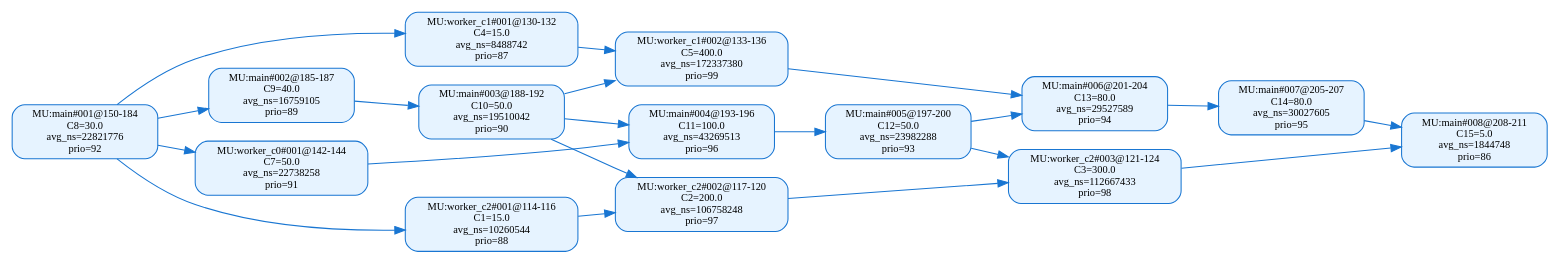
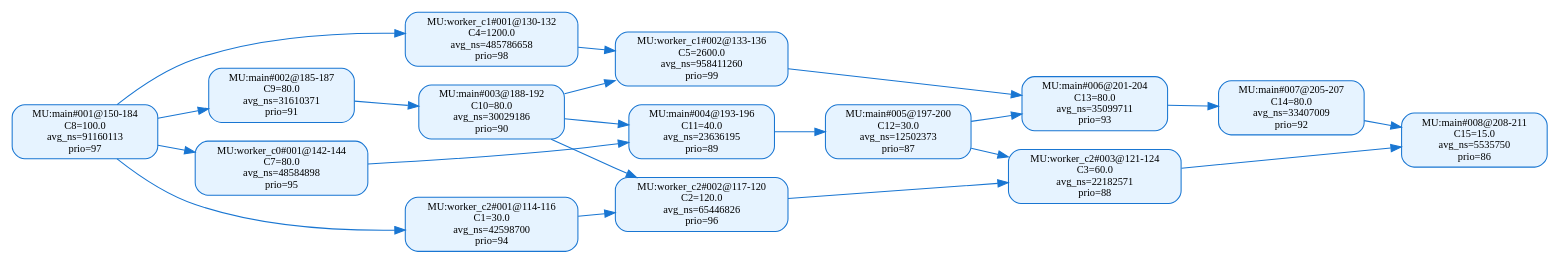
One commit to RTS-SYSU/DAG-Gen changed the diagram in 中间结果/zhang2/pipeline/validation/level2/effective_line_merge/wcet_first/dag_seg_annotated_value.dot. Above: the diagram before and after it, drawn with Graphviz. The commit also changed 3421 other files, not shown here.

```diff
--- a/中间结果/zhang2/pipeline/validation/level2/effective_line_merge/wcet_first/dag_seg_annotated_value.dot
+++ b/中间结果/zhang2/pipeline/validation/level2/effective_line_merge/wcet_first/dag_seg_annotated_value.dot
@@ -1,38 +1,38 @@
 digraph dag_seg_annotated_value {
   rankdir=LR;
   node [shape=box, style="rounded,filled", fillcolor="#E6F3FF", color="#1976D2", fontsize=10];
   edge [color="#1976D2"];
-  "MU:main#001@150-184" [label="MU:main#001@150-184\nC8=30.0\navg_ns=22821776\nprio=92"];
-  "MU:main#002@185-187" [label="MU:main#002@185-187\nC9=40.0\navg_ns=16759105\nprio=89"];
-  "MU:main#003@188-192" [label="MU:main#003@188-192\nC10=50.0\navg_ns=19510042\nprio=90"];
-  "MU:main#004@193-196" [label="MU:main#004@193-196\nC11=100.0\navg_ns=43269513\nprio=96"];
-  "MU:main#005@197-200" [label="MU:main#005@197-200\nC12=50.0\navg_ns=23982288\nprio=93"];
-  "MU:main#006@201-204" [label="MU:main#006@201-204\nC13=80.0\navg_ns=29527589\nprio=94"];
-  "MU:main#007@205-207" [label="MU:main#007@205-207\nC14=80.0\navg_ns=30027605\nprio=95"];
-  "MU:main#008@208-211" [label="MU:main#008@208-211\nC15=5.0\navg_ns=1844748\nprio=86"];
-  "MU:worker_c0#001@142-144" [label="MU:worker_c0#001@142-144\nC7=50.0\navg_ns=22738258\nprio=91"];
-  "MU:worker_c1#001@130-132" [label="MU:worker_c1#001@130-132\nC4=15.0\navg_ns=8488742\nprio=87"];
-  "MU:worker_c1#002@133-136" [label="MU:worker_c1#002@133-136\nC5=400.0\navg_ns=172337380\nprio=99"];
-  "MU:worker_c2#001@114-116" [label="MU:worker_c2#001@114-116\nC1=15.0\navg_ns=10260544\nprio=88"];
-  "MU:worker_c2#002@117-120" [label="MU:worker_c2#002@117-120\nC2=200.0\navg_ns=106758248\nprio=97"];
-  "MU:worker_c2#003@121-124" [label="MU:worker_c2#003@121-124\nC3=300.0\navg_ns=112667433\nprio=98"];
+  "MU:main#001@150-184" [label="MU:main#001@150-184\nC8=100.0\navg_ns=91160113\nprio=97"];
+  "MU:main#002@185-187" [label="MU:main#002@185-187\nC9=80.0\navg_ns=31610371\nprio=91"];
+  "MU:main#003@188-192" [label="MU:main#003@188-192\nC10=80.0\navg_ns=30029186\nprio=90"];
+  "MU:main#004@193-196" [label="MU:main#004@193-196\nC11=40.0\navg_ns=23636195\nprio=89"];
+  "MU:main#005@197-200" [label="MU:main#005@197-200\nC12=30.0\navg_ns=12502373\nprio=87"];
+  "MU:main#006@201-204" [label="MU:main#006@201-204\nC13=80.0\navg_ns=35099711\nprio=93"];
+  "MU:main#007@205-207" [label="MU:main#007@205-207\nC14=80.0\navg_ns=33407009\nprio=92"];
+  "MU:main#008@208-211" [label="MU:main#008@208-211\nC15=15.0\navg_ns=5535750\nprio=86"];
+  "MU:worker_c0#001@142-144" [label="MU:worker_c0#001@142-144\nC7=80.0\navg_ns=48584898\nprio=95"];
+  "MU:worker_c1#001@130-132" [label="MU:worker_c1#001@130-132\nC4=1200.0\navg_ns=485786658\nprio=98"];
+  "MU:worker_c1#002@133-136" [label="MU:worker_c1#002@133-136\nC5=2600.0\navg_ns=958411260\nprio=99"];
+  "MU:worker_c2#001@114-116" [label="MU:worker_c2#001@114-116\nC1=30.0\navg_ns=42598700\nprio=94"];
+  "MU:worker_c2#002@117-120" [label="MU:worker_c2#002@117-120\nC2=120.0\navg_ns=65446826\nprio=96"];
+  "MU:worker_c2#003@121-124" [label="MU:worker_c2#003@121-124\nC3=60.0\navg_ns=22182571\nprio=88"];
   "MU:worker_c2#001@114-116" -> "MU:worker_c2#002@117-120";
   "MU:worker_c2#002@117-120" -> "MU:worker_c2#003@121-124";
   "MU:worker_c1#001@130-132" -> "MU:worker_c1#002@133-136";
   "MU:main#001@150-184" -> "MU:main#002@185-187";
   "MU:main#002@185-187" -> "MU:main#003@188-192";
   "MU:main#003@188-192" -> "MU:main#004@193-196";
   "MU:main#004@193-196" -> "MU:main#005@197-200";
   "MU:main#005@197-200" -> "MU:main#006@201-204";
   "MU:main#006@201-204" -> "MU:main#007@205-207";
   "MU:main#007@205-207" -> "MU:main#008@208-211";
   "MU:main#001@150-184" -> "MU:worker_c0#001@142-144";
   "MU:main#001@150-184" -> "MU:worker_c1#001@130-132";
   "MU:main#001@150-184" -> "MU:worker_c2#001@114-116";
   "MU:worker_c0#001@142-144" -> "MU:main#004@193-196";
   "MU:worker_c1#002@133-136" -> "MU:main#006@201-204";
   "MU:worker_c2#003@121-124" -> "MU:main#008@208-211";
   "MU:main#003@188-192" -> "MU:worker_c2#002@117-120";
   "MU:main#005@197-200" -> "MU:worker_c2#003@121-124";
   "MU:main#003@188-192" -> "MU:worker_c1#002@133-136";
 }
```
